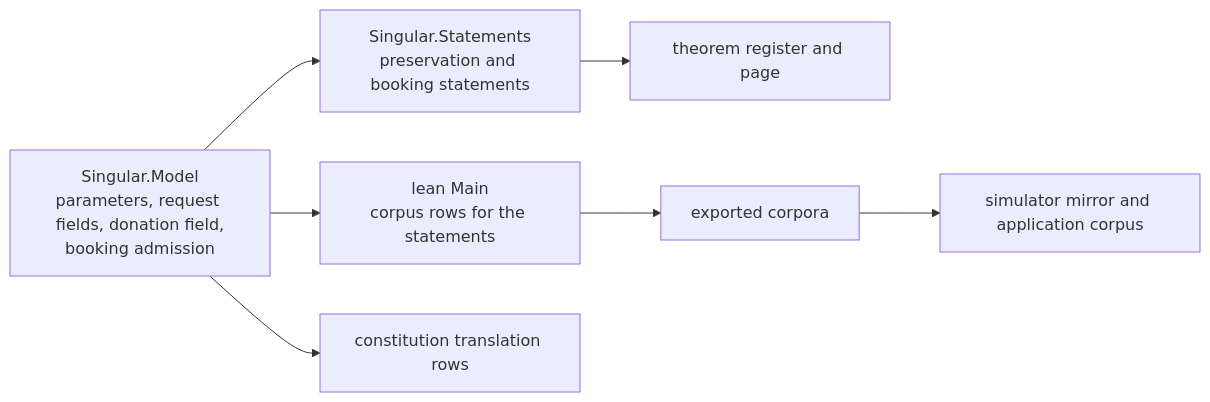
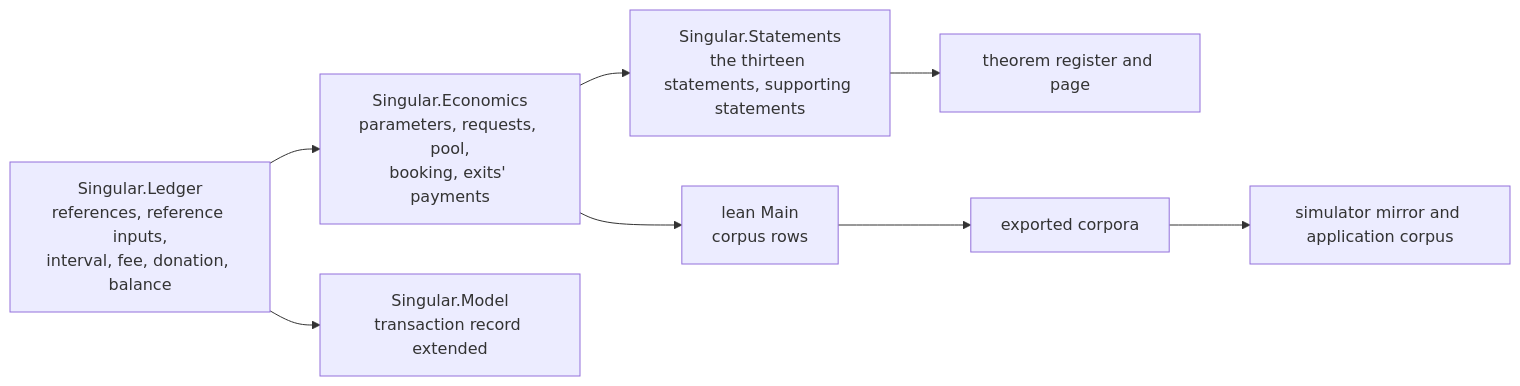
Before and after one commit to lambdasistemi/singular: the diagram in specs/494-protected-rejection-rule/economics-models.md, drawn with Mermaid. The commit also changed other lines of this file and 21 other files, not shown here.

````diff
--- a/specs/494-protected-rejection-rule/economics-models.md
+++ b/specs/494-protected-rejection-rule/economics-models.md
@@ -13,9 +13,10 @@
 ```mermaid
 flowchart LR
-    Model[Singular.Model<br/>parameters, request fields, donation field,<br/>booking admission] --> Statements[Singular.Statements<br/>preservation and booking statements]
-    Model --> Main[lean Main<br/>corpus rows for the statements]
+    Ledger[Singular.Ledger<br/>references, reference inputs,<br/>interval, fee, donation, balance] --> Economics[Singular.Economics<br/>parameters, requests, pool,<br/>booking, exits' payments]
+    Economics --> Statements[Singular.Statements<br/>the thirteen statements, supporting statements]
+    Ledger --> Model[Singular.Model<br/>transaction record extended]
     Statements --> Register[theorem register and page]
+    Economics --> Main[lean Main<br/>corpus rows]
     Main --> Corpus[exported corpora]
     Corpus --> Mirror[simulator mirror and application corpus]
-    Model --> Constitution[constitution translation rows]
 ```
````
